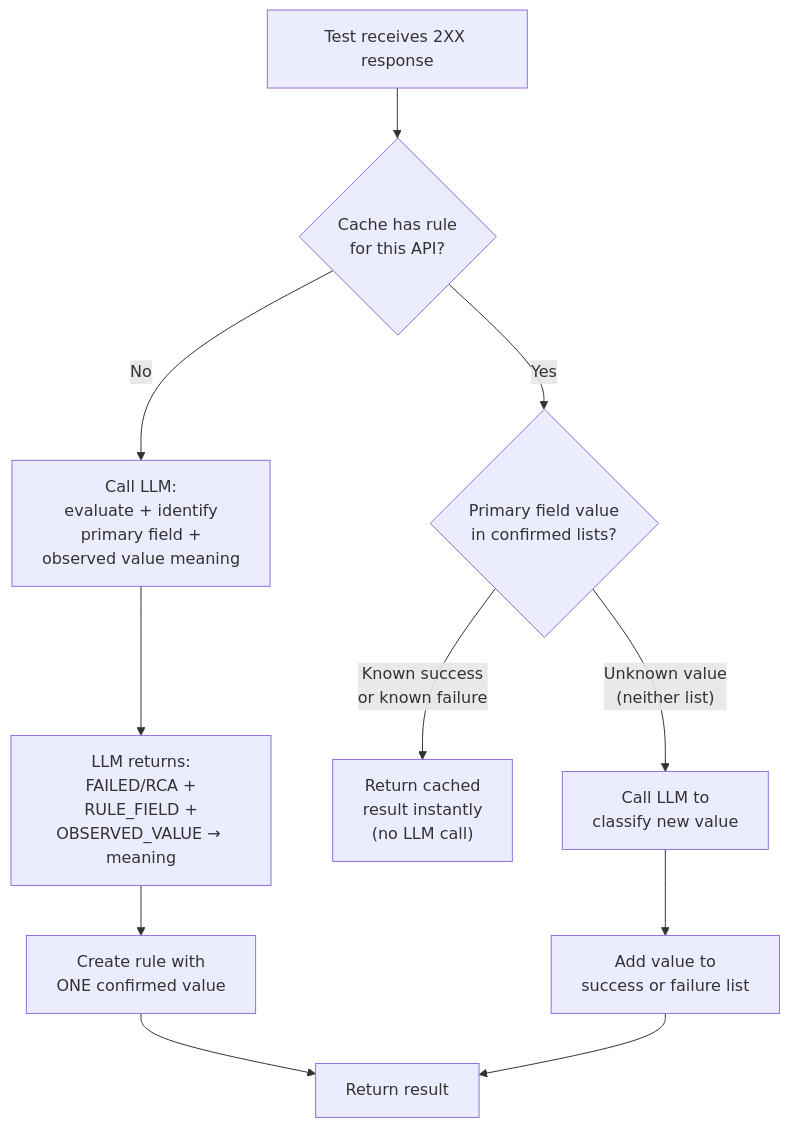
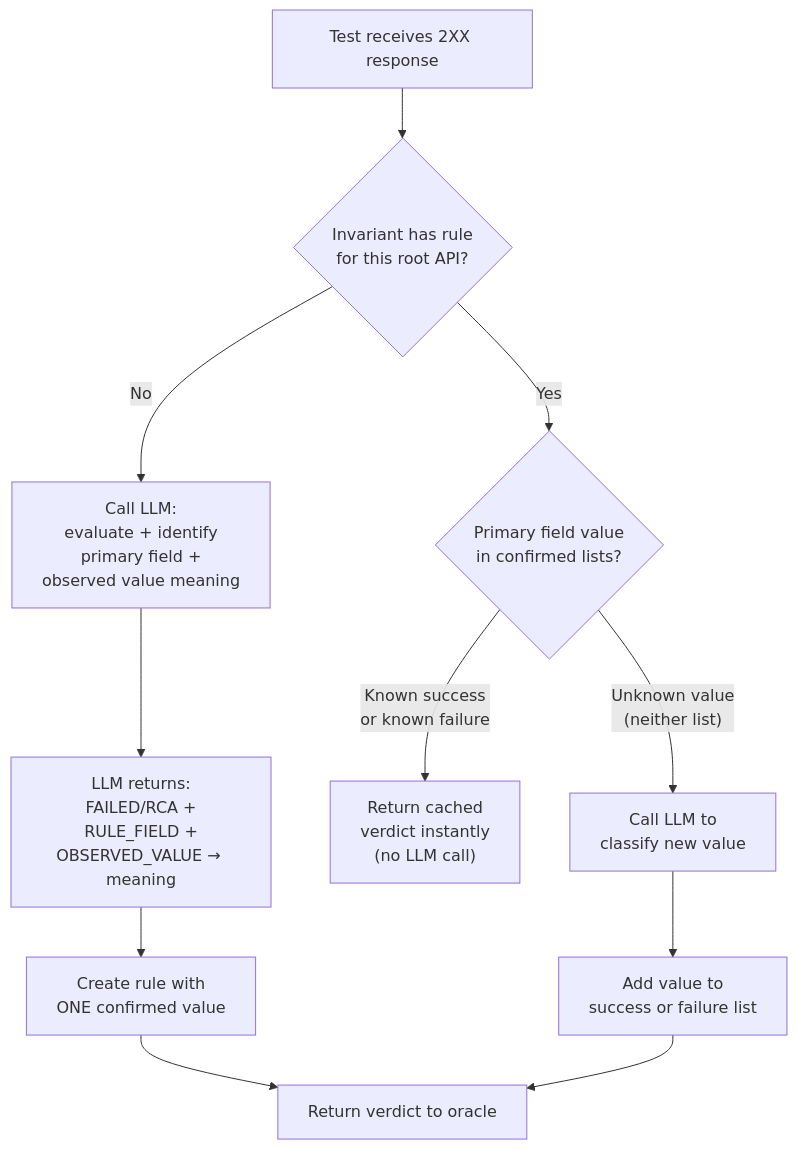
Diagram 26 of 30 in mist-restest-adapter/src/main/resources/My-Example/trainticket/flow.md (miaoti/Rest), drawn with Mermaid before and after one commit. The commit also changed other lines of this file and 7 other files, not shown here.

````diff
--- a/mist-restest-adapter/src/main/resources/My-Example/trainticket/flow.md
+++ b/mist-restest-adapter/src/main/resources/My-Example/trainticket/flow.md
@@ -1486,14 +1725,14 @@
 ```mermaid
 flowchart TD
-    A[Test receives 2XX response] --> B{Cache has rule<br/>for this API?}
+    A[Test receives 2XX response] --> B{Invariant has rule<br/>for this root API?}
     B -- No --> C["Call LLM:<br/>evaluate + identify<br/>primary field +<br/>observed value meaning"]
     C --> D["LLM returns:<br/>FAILED/RCA +<br/>RULE_FIELD +<br/>OBSERVED_VALUE → meaning"]
     D --> E["Create rule with<br/>ONE confirmed value"]
-    E --> F[Return result]
+    E --> F[Return verdict to oracle]
 
     B -- Yes --> G{Primary field value<br/>in confirmed lists?}
-    G -- "Known success<br/>or known failure" --> H["Return cached<br/>result instantly<br/>(no LLM call)"]
+    G -- "Known success<br/>or known failure" --> H["Return cached<br/>verdict instantly<br/>(no LLM call)"]
     G -- "Unknown value<br/>(neither list)" --> I["Call LLM to<br/>classify new value"]
     I --> J["Add value to<br/>success or failure list"]
     J --> F
 ```
````
